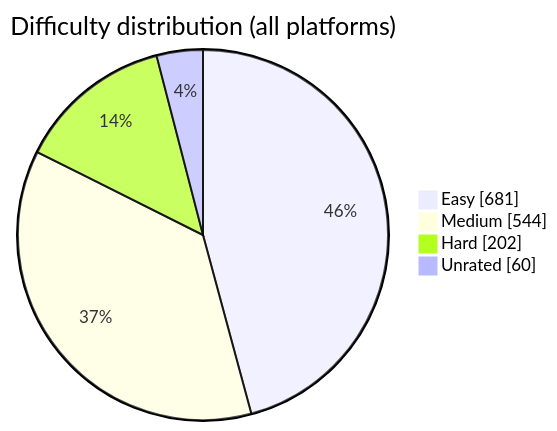
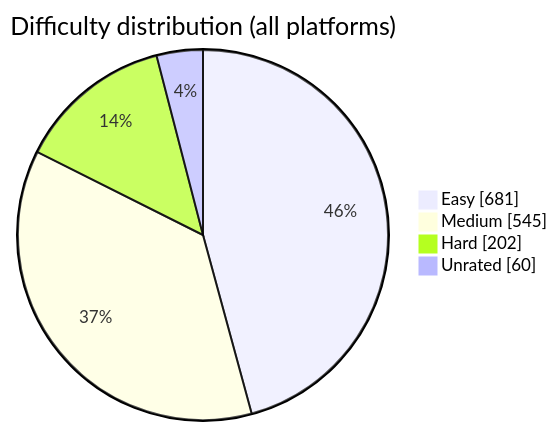
Before and after one commit to BuildbyArindam/Daily-Coding-Log: the diagram in README.md, drawn with Mermaid. The commit also changed other lines of this file, not shown here.

````diff
--- a/README.md
+++ b/README.md
@@ -93,7 +93,7 @@
 ```mermaid
 pie showData title Difficulty distribution (all platforms)
     "Easy" : 681
-    "Medium" : 544
+    "Medium" : 545
     "Hard" : 202
     "Unrated" : 60
 ```
````
